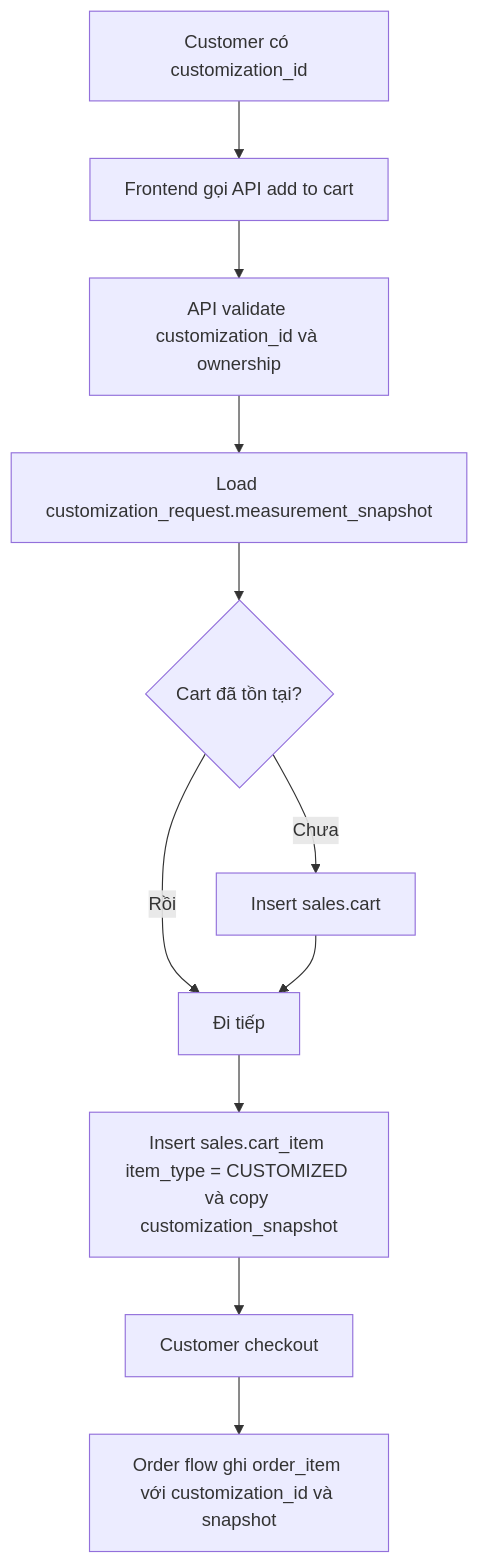
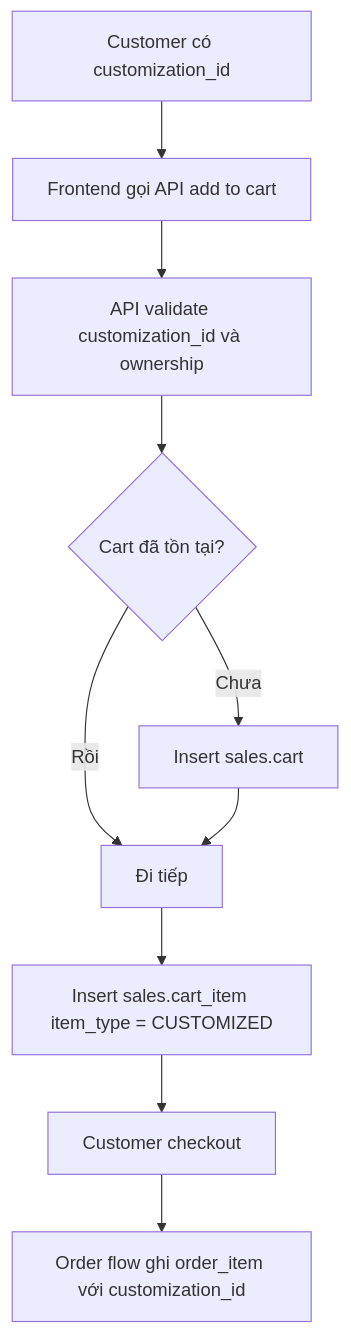
The eighth of 13 diagrams in docs/diagrams/activity_diagram.md (pamern/xeoxo-web-dev), drawn with Mermaid before and after one commit. The commit also changed other lines of this file and 5 other files, not shown here.

````diff
--- a/docs/diagrams/activity_diagram.md
+++ b/docs/diagrams/activity_diagram.md
@@ -105,13 +192,12 @@
 ```mermaid
 flowchart TD
   A[Customer có customization_id] --> B[Frontend gọi API add to cart]
   B --> C[API validate customization_id và ownership]
-  C --> D[Load customization_request.measurement_snapshot]
-  D --> E{Cart đã tồn tại?}
-  E -->|Chưa| F[Insert sales.cart]
-  E -->|Rồi| G[Đi tiếp]
-  F --> G
-  G --> H[Insert sales.cart_item item_type = CUSTOMIZED và copy customization_snapshot]
-  H --> I[Customer checkout]
-  I --> J[Order flow ghi order_item với customization_id và snapshot]
+  C --> D{Cart đã tồn tại?}
+  D -->|Chưa| E[Insert sales.cart]
+  D -->|Rồi| F[Đi tiếp]
+  E --> F
+  F --> G[Insert sales.cart_item item_type = CUSTOMIZED]
+  G --> H[Customer checkout]
+  H --> I[Order flow ghi order_item với customization_id]
 ```
````
